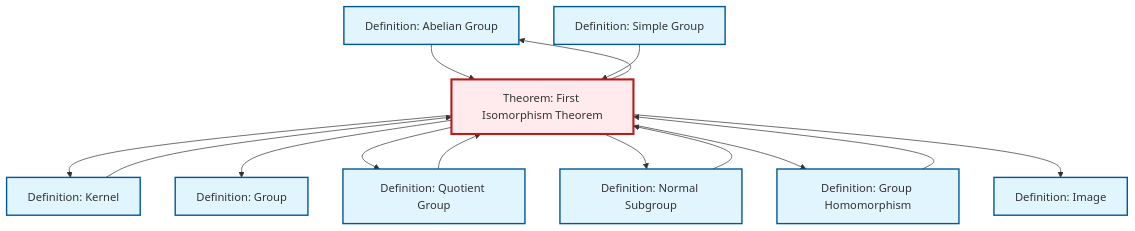
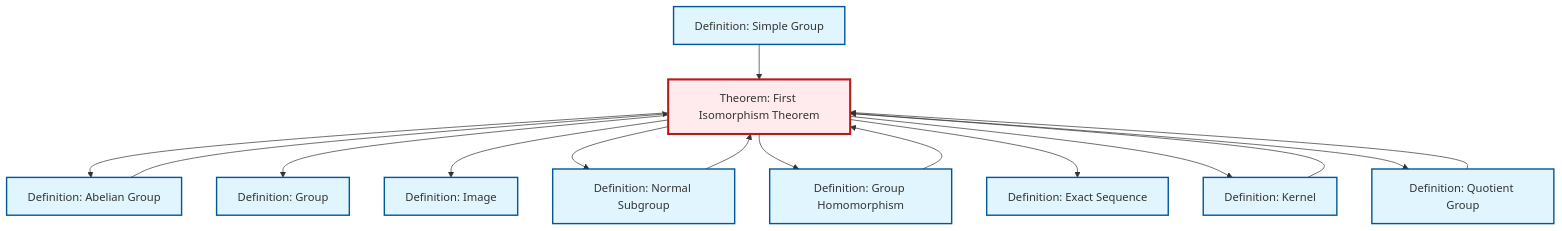
The diagram in content/en/algebra/thm-first-isomorphism.qmd (RK0429/ModernMath), drawn with Mermaid before and after one commit. The commit also changed other lines of this file and 654 other files, not shown here.

````diff
--- a/content/en/algebra/thm-first-isomorphism.qmd
+++ b/content/en/algebra/thm-first-isomorphism.qmd
@@ -100,40 +109,43 @@
 ```{mermaid}
 %%| fig-cap: "Local dependency graph"
 graph TD
     classDef definition fill:#e1f5fe,stroke:#01579b,stroke-width:2px
     classDef theorem fill:#f3e5f5,stroke:#4a148c,stroke-width:2px
     classDef axiom fill:#fff3e0,stroke:#e65100,stroke-width:2px
     classDef example fill:#e8f5e9,stroke:#1b5e20,stroke-width:2px
     classDef current fill:#ffebee,stroke:#b71c1c,stroke-width:3px
-    def-group["Definition: Group"]:::definition
-    def-abelian-group["Definition: Abelian Group"]:::definition
     def-simple-group["Definition: Simple Group"]:::definition
     def-image["Definition: Image"]:::definition
+    thm-first-isomorphism["Theorem: First Isomorphism Theorem"]:::theorem
+    def-group["Definition: Group"]:::definition
     def-quotient-group["Definition: Quotient Group"]:::definition
-    def-normal-subgroup["Definition: Normal Subgroup"]:::definition
     def-kernel["Definition: Kernel"]:::definition
     def-homomorphism["Definition: Group Homomorphism"]:::definition
-    thm-first-isomorphism["Theorem: First Isomorphism Theorem"]:::theorem
+    def-normal-subgroup["Definition: Normal Subgroup"]:::definition
+    def-abelian-group["Definition: Abelian Group"]:::definition
+    def-exact-sequence["Definition: Exact Sequence"]:::definition
+    thm-first-isomorphism --> def-abelian-group
+    thm-first-isomorphism --> def-group
+    def-quotient-group --> thm-first-isomorphism
     def-homomorphism --> thm-first-isomorphism
-    def-kernel --> thm-first-isomorphism
+    def-normal-subgroup --> thm-first-isomorphism
+    thm-first-isomorphism --> def-image
+    thm-first-isomorphism --> def-normal-subgroup
+    thm-first-isomorphism --> def-homomorphism
+    thm-first-isomorphism --> def-exact-sequence
+    def-simple-group --> thm-first-isomorphism
     thm-first-isomorphism --> def-kernel
     def-abelian-group --> thm-first-isomorphism
-    def-quotient-group --> thm-first-isomorphism
-    thm-first-isomorphism --> def-group
+    def-kernel --> thm-first-isomorphism
     thm-first-isomorphism --> def-quotient-group
-    def-normal-subgroup --> thm-first-isomorphism
-    thm-first-isomorphism --> def-abelian-group
-    thm-first-isomorphism --> def-normal-subgroup
-    thm-first-isomorphism --> def-homomorphism
-    def-simple-group --> thm-first-isomorphism
-    thm-first-isomorphism --> def-image
     class thm-first-isomorphism current
-    click def-group "def-group.html" "Go to Group definition"
-    click def-abelian-group "def-abelian-group.html" "Go to Abelian Group definition"
     click def-simple-group "def-simple-group.html" "Go to Simple Group definition"
     click def-image "def-image.html" "Go to Image definition"
+    click def-group "def-group.html" "Go to Group definition"
     click def-quotient-group "def-quotient-group.html" "Go to Quotient Group definition"
-    click def-normal-subgroup "def-normal-subgroup.html" "Go to Normal Subgroup definition"
     click def-kernel "def-kernel.html" "Go to Kernel definition"
     click def-homomorphism "def-homomorphism.html" "Go to Group Homomorphism definition"
+    click def-normal-subgroup "def-normal-subgroup.html" "Go to Normal Subgroup definition"
+    click def-abelian-group "def-abelian-group.html" "Go to Abelian Group definition"
+    click def-exact-sequence "def-exact-sequence.html" "Go to Exact Sequence definition"
 ```
````
